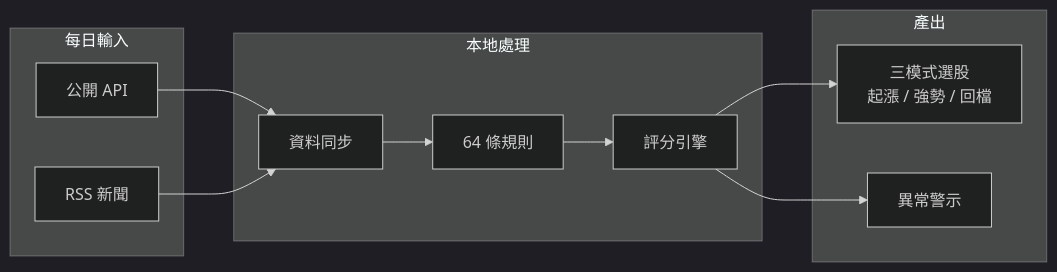
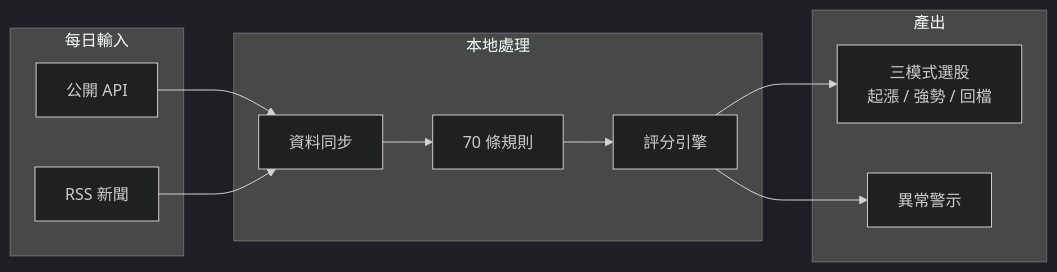
The diagram in CLAUDE.md (Neal75418/daredevil), drawn with Mermaid before and after one commit. The commit also changed other lines of this file and 4 other files, not shown here.

````diff
--- a/CLAUDE.md
+++ b/CLAUDE.md
@@ -15,24 +15,24 @@
 ```mermaid
 %%{init: {'theme': 'dark'}}%%
 flowchart LR
     subgraph Input["每日輸入"]
         API["公開 API"]
         RSS["RSS 新聞"]
     end
 
     subgraph Process["本地處理"]
         Sync["資料同步"]
-        Rules["64 條規則"]
+        Rules["70 條規則"]
         Score["評分引擎"]
     end
 
     subgraph Output["產出"]
         Modes["三模式選股<br/>起漲 / 強勢 / 回檔"]
         Alert["異常警示"]
     end
 
     API --> Sync
     RSS --> Sync
     Sync --> Rules --> Score --> Modes
     Score --> Alert
 ```
````
